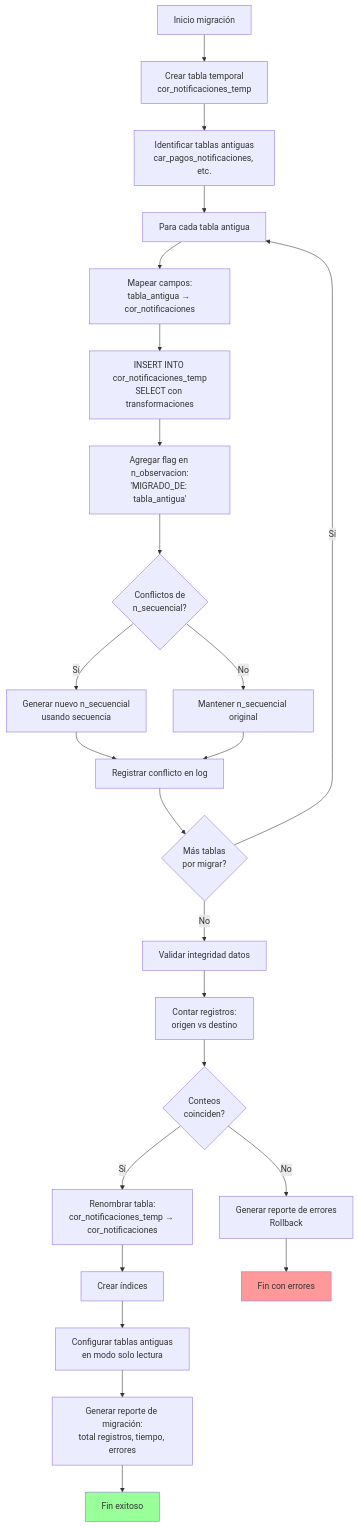
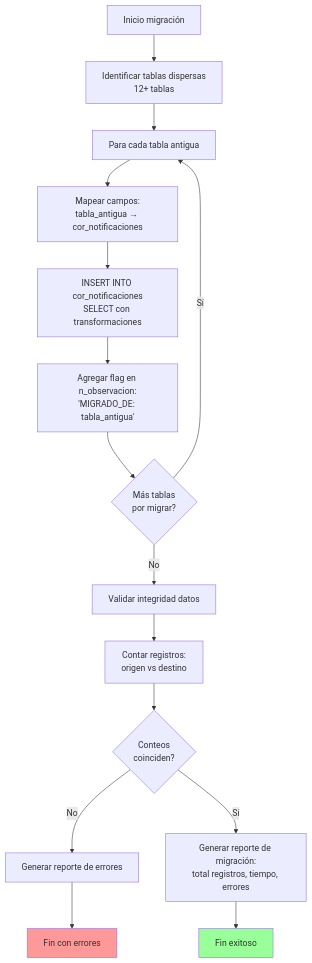
The fifth of 5 diagrams in .kiro/specs/refactorizacion-sistema-notificaciones-email/design.md (mgabramirez/MSCorreos), drawn with Mermaid before and after one commit. The commit also changed other lines of this file and 4 other files, not shown here.

````diff
--- a/.kiro/specs/refactorizacion-sistema-notificaciones-email/design.md
+++ b/.kiro/specs/refactorizacion-sistema-notificaciones-email/design.md
@@ -1307,45 +1214,29 @@
 ```mermaid
 flowchart TD
-    A[Inicio migración] --> B[Crear tabla temporal<br/>cor_notificaciones_temp]
+    A[Inicio migración] --> B[Identificar tablas dispersas<br/>12+ tablas]
     
-    B --> C[Identificar tablas antiguas<br/>car_pagos_notificaciones, etc.]
+    B --> C[Para cada tabla antigua]
     
-    C --> D[Para cada tabla antigua]
+    C --> D[Mapear campos:<br/>tabla_antigua → cor_notificaciones]
     
-    D --> E[Mapear campos:<br/>tabla_antigua → cor_notificaciones]
+    D --> E[INSERT INTO cor_notificaciones<br/>SELECT con transformaciones]
     
-    E --> F[INSERT INTO cor_notificaciones_temp<br/>SELECT con transformaciones]
+    E --> F[Agregar flag en n_observacion:<br/>'MIGRADO_DE: tabla_antigua']
     
-    F --> G[Agregar flag en n_observacion:<br/>'MIGRADO_DE: tabla_antigua']
+    F --> G{Más tablas<br/>por migrar?}
+    G -->|Sí| C
+    G -->|No| H[Validar integridad datos]
     
-    G --> H{Conflictos de<br/>n_secuencial?}
+    H --> I[Contar registros:<br/>origen vs destino]
     
-    H -->|Sí| I[Generar nuevo n_secuencial<br/>usando secuencia]
-    H -->|No| J[Mantener n_secuencial original]
+    I --> J{Conteos<br/>coinciden?}
     
-    I --> K[Registrar conflicto en log]
-    J --> K
+    J -->|No| K[Generar reporte de errores]
+    J -->|Sí| L[Generar reporte de migración:<br/>total registros, tiempo, errores]
     
-    K --> L{Más tablas<br/>por migrar?}
-    L -->|Sí| D
-    L -->|No| M[Validar integridad datos]
+    K --> M[Fin con errores]
+    L --> N[Fin exitoso]
     
-    M --> N[Contar registros:<br/>origen vs destino]
-    
-    N --> O{Conteos<br/>coinciden?}
-    
-    O -->|No| P[Generar reporte de errores<br/>Rollback]
-    O -->|Sí| Q[Renombrar tabla:<br/>cor_notificaciones_temp → cor_notificaciones]
-    
-    Q --> R[Crear índices]
-    
-    R --> S[Configurar tablas antiguas<br/>en modo solo lectura]
-    
-    S --> T[Generar reporte de migración:<br/>total registros, tiempo, errores]
-    
-    T --> U[Fin exitoso]
-    P --> V[Fin con errores]
-    
-    style U fill:#9f9
-    style V fill:#f99
+    style N fill:#9f9
+    style M fill:#f99
 ```
````
